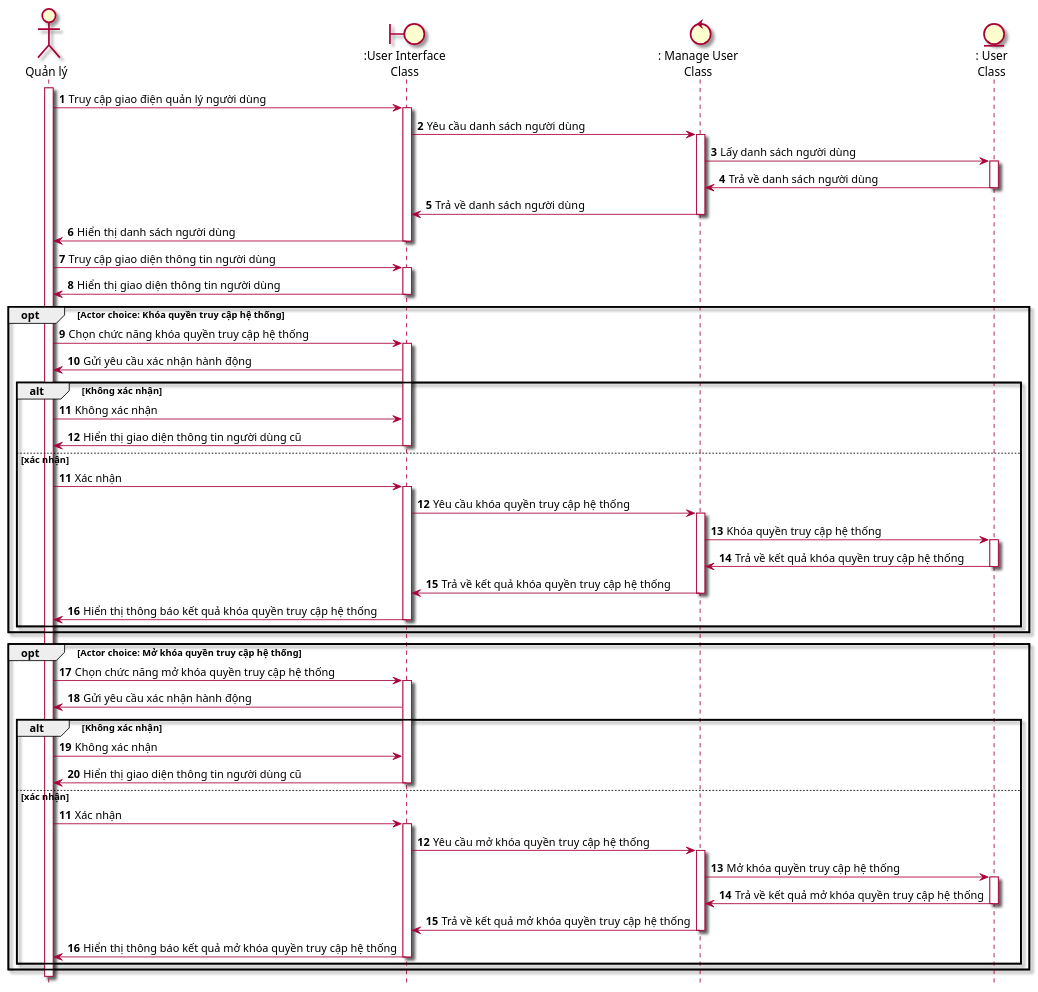
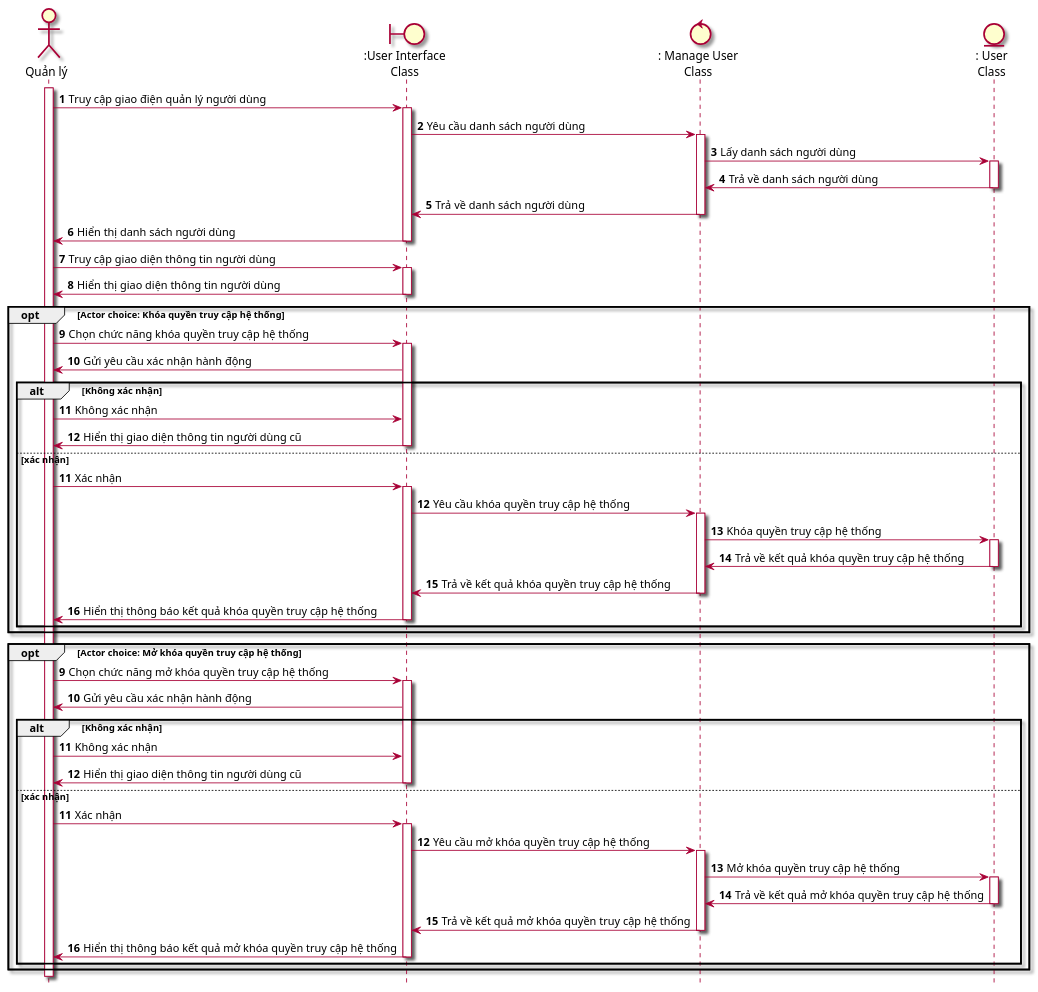
Before and after one commit to Griselda4774/EAS-EmploymentAssistanceSystem: the diagram in 2. Diagram/Use case/FilePUML/Seqence Diagram/16. SeqQuanLyTruyCapHeThong.puml, drawn with PlantUML.

Commit message:
Update seq 16

```diff
--- a/2. Diagram/Use case/FilePUML/Seqence Diagram/16. SeqQuanLyTruyCapHeThong.puml
+++ b/2. Diagram/Use case/FilePUML/Seqence Diagram/16. SeqQuanLyTruyCapHeThong.puml
@@ -1,57 +1,58 @@
 @startuml SeqQuanLyTruyCapHeThong
 
 skin rose
 hide footbox
 
 actor "Quản lý" as quanLy
 boundary ":User Interface\nClass" as userInterface
 control ": Manage User\nClass" as manageUser
 entity ": User\nClass" as user
 
 autonumber
 quanLy++
 quanLy -> userInterface++ : Truy cập giao điện quản lý người dùng
 userInterface -> manageUser++ : Yêu cầu danh sách người dùng
 manageUser -> user++ : Lấy danh sách người dùng
 user -> manageUser-- : Trả về danh sách người dùng
 manageUser -> userInterface-- : Trả về danh sách người dùng
 userInterface -> quanLy-- : Hiển thị danh sách người dùng
 quanLy -> userInterface++ : Truy cập giao diện thông tin người dùng
 userInterface -> quanLy-- : Hiển thị giao diện thông tin người dùng
 
 opt Actor choice: Khóa quyền truy cập hệ thống
     quanLy -> userInterface++ : Chọn chức năng khóa quyền truy cập hệ thống
     userInterface -> quanLy : Gửi yêu cầu xác nhận hành động
     alt Không xác nhận
         quanLy -> userInterface : Không xác nhận
         userInterface -> quanLy-- : Hiển thị giao diện thông tin người dùng cũ
     else xác nhận
         autonumber 11
         quanLy -> userInterface++ : Xác nhận
         userInterface -> manageUser++ : Yêu cầu khóa quyền truy cập hệ thống
         manageUser -> user++ : Khóa quyền truy cập hệ thống
         user -> manageUser-- : Trả về kết quả khóa quyền truy cập hệ thống
         manageUser -> userInterface-- : Trả về kết quả khóa quyền truy cập hệ thống
         userInterface -> quanLy-- : Hiển thị thông báo kết quả khóa quyền truy cập hệ thống
     end
 end
 
 opt Actor choice: Mở khóa quyền truy cập hệ thống
+    autonumber 9
     quanLy -> userInterface++ : Chọn chức năng mở khóa quyền truy cập hệ thống
     userInterface -> quanLy : Gửi yêu cầu xác nhận hành động
     alt Không xác nhận
         quanLy -> userInterface : Không xác nhận
         userInterface -> quanLy-- : Hiển thị giao diện thông tin người dùng cũ
     else xác nhận
         autonumber 11
         quanLy -> userInterface++ : Xác nhận
         userInterface -> manageUser++ : Yêu cầu mở khóa quyền truy cập hệ thống
         manageUser -> user++ : Mở khóa quyền truy cập hệ thống
         user -> manageUser-- : Trả về kết quả mở khóa quyền truy cập hệ thống
         manageUser -> userInterface-- : Trả về kết quả mở khóa quyền truy cập hệ thống
         userInterface -> quanLy-- : Hiển thị thông báo kết quả mở khóa quyền truy cập hệ thống
     end
 end
 
 
 @enduml
```
